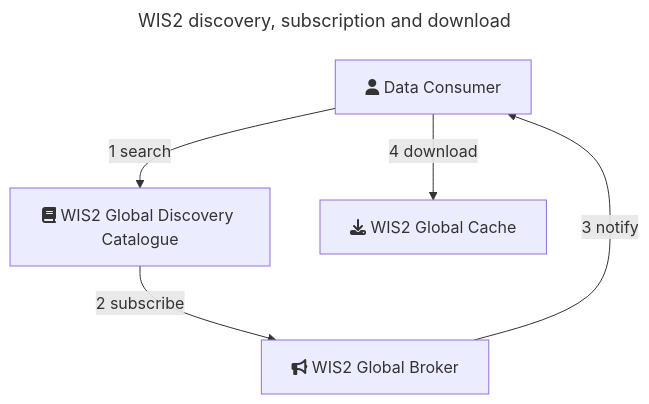
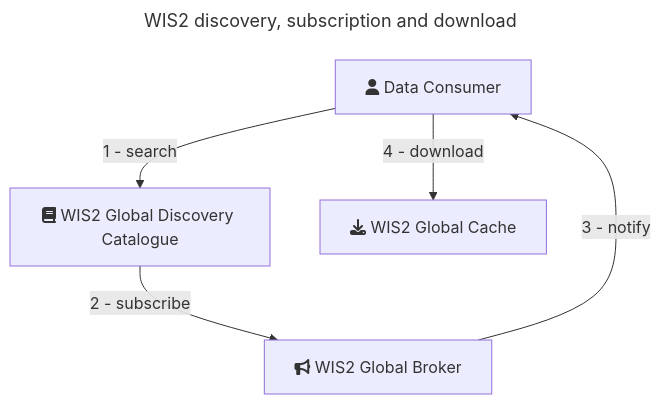
One commit to ECCC-MSC/open-data changed the diagram in docs/wmo-wis2/readme_en.md. Above: the diagram before and after it, drawn with Mermaid. The commit also changed 4 other files, not shown here.

````diff
--- a/docs/wmo-wis2/readme_en.md
+++ b/docs/wmo-wis2/readme_en.md
@@ -37,10 +37,10 @@
 ```mermaid
 ---
 title: WIS2 discovery, subscription and download
 ---
 flowchart TD
-    A[fa:fa-user Data Consumer] -->|1 search| B[fa:fa-book WIS2 Global Discovery Catalogue]
-    B -->|2 subscribe| C[fa:fa-bullhorn WIS2 Global Broker]
-    C -->|3 notify| A
-    A -->|4 download| D[fa:fa-download WIS2 Global Cache]
+    A[fa:fa-user Data Consumer] -->|1 - search| B[fa:fa-book WIS2 Global Discovery Catalogue]
+    B -->|2 - subscribe| C[fa:fa-bullhorn WIS2 Global Broker]
+    C -->|3 - notify| A
+    A -->|4 - download| D[fa:fa-download WIS2 Global Cache]
 ```
````
